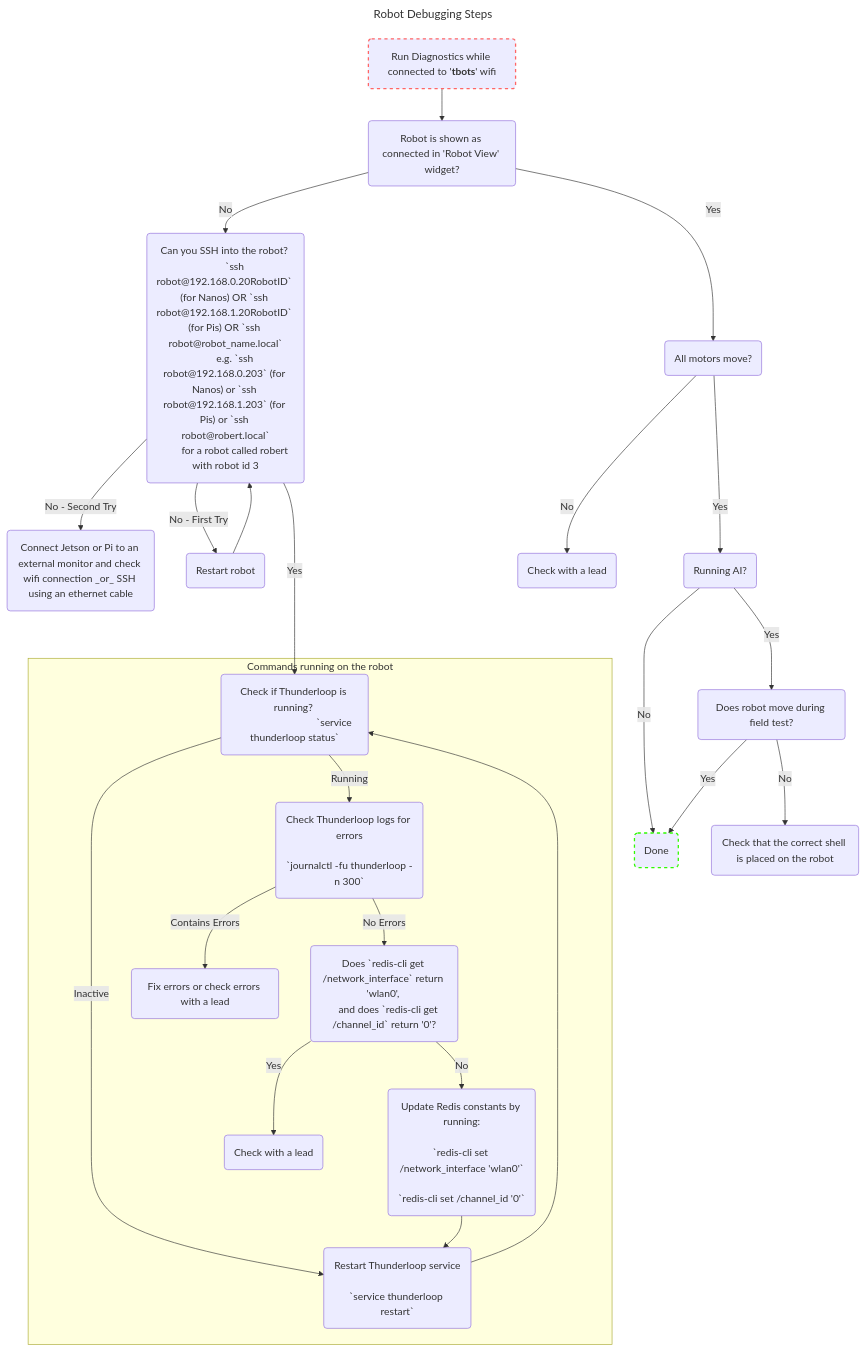
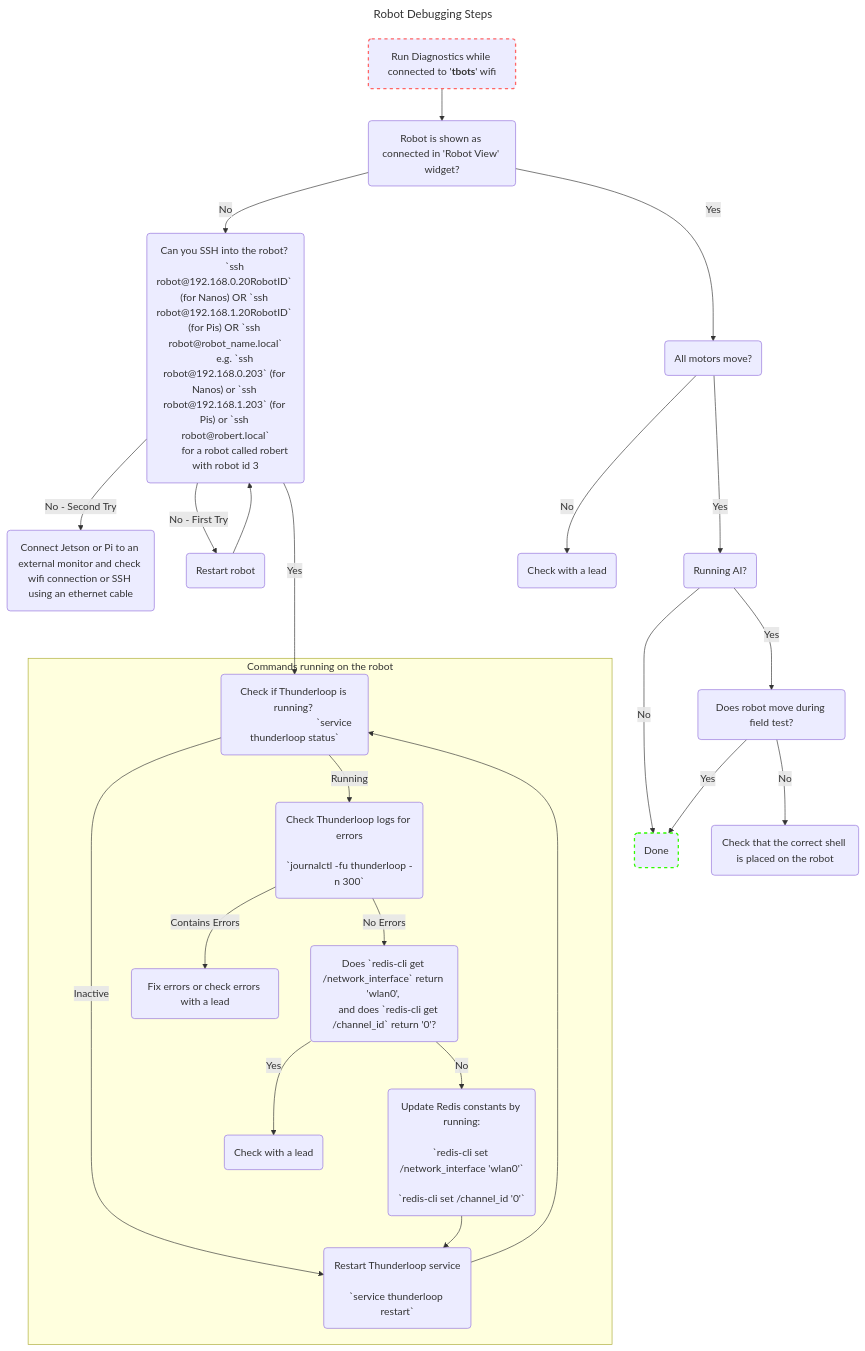
The diagram in docs/useful-robot-commands.md (UBC-Thunderbots/Software), drawn with Mermaid before and after one commit.

Commit message:
fix mermaid v2

````diff
--- a/docs/useful-robot-commands.md
+++ b/docs/useful-robot-commands.md
@@ -25,48 +25,48 @@
 ```mermaid
 ---
 title: Robot Debugging Steps
 ---
 flowchart TD
     ssh("Can you SSH into the robot? 
         `ssh robot@192.168.0.20RobotID` (for Nanos) OR `ssh robot@192.168.1.20RobotID` (for Pis) OR `ssh robot@robot_name.local`
         e.g. `ssh robot@192.168.0.203` (for Nanos) or `ssh robot@192.168.1.203` (for Pis) or `ssh robot@robert.local`
         for a robot called robert with robot id 3")
     ssh ---> |Yes| tloop_status
-    ssh --> |No - Second Try| monitor("Connect Jetson or Pi to an external monitor and check wifi connection _or_ SSH using an ethernet cable")
+    ssh --> |No - Second Try| monitor("Connect Jetson or Pi to an external monitor and check wifi connection or SSH using an ethernet cable")
     ssh --> |No - First Try| restart(Restart robot)
     restart --> ssh
 
     diagnostics("`Run Diagnostics while connected to '**tbots**' wifi`") --> robot_view
     robot_view(Robot is shown as connected in 'Robot View' widget?) --> |Yes| check_motors(All motors move?)
     style diagnostics stroke:#f66,stroke-width:2px,stroke-dasharray: 5 5
 
     check_motors -->|Yes| field_test(Running AI?)
     field_test -->|No| done(Done)
     style done stroke:#30fa02,stroke-width:2px,stroke-dasharray: 5 5
     field_test -->|Yes| field_test_moves(Does robot move during field test?)
     field_test_moves --> |No| check_shell("`Check that the correct shell is placed on the robot`")
     check_shell
     field_test_moves --> |Yes| done
 
     robot_view --> |No| ssh
     check_motors -->|No| rip
     rip(Check with a lead)
                   
     subgraph ssh_graph [Commands running on the robot]
     tloop_status(Check if Thunderloop is running? 
                                `service thunderloop status`)
     tloop_status --> |Inactive| tloop_restart(Restart Thunderloop service
                                               `service thunderloop restart`)
     tloop_status --> |Running| tloop_logs(Check Thunderloop logs for errors
                                           `journalctl -fu thunderloop -n 300`)
     tloop_logs --> |No Errors| check_redis(Does `redis-cli get /network_interface` return 'wlan0', 
     and does `redis-cli get /channel_id` return '0'?)
-    tloop_logs --> |Contains Errors| rip2("`Fix errors or check errors with a lead`")
+    tloop_logs --> |Contains Errors| rip2("Fix errors or check errors with a lead")
     check_redis --> |No| update_redis(Update Redis constants by running:
                                       `redis-cli set /network_interface 'wlan0'`
                                       `redis-cli set /channel_id '0'`)
     check_redis --> |Yes| rip3(Check with a lead)
     update_redis --> tloop_restart
     tloop_restart --> tloop_status
     end
 ```
````
